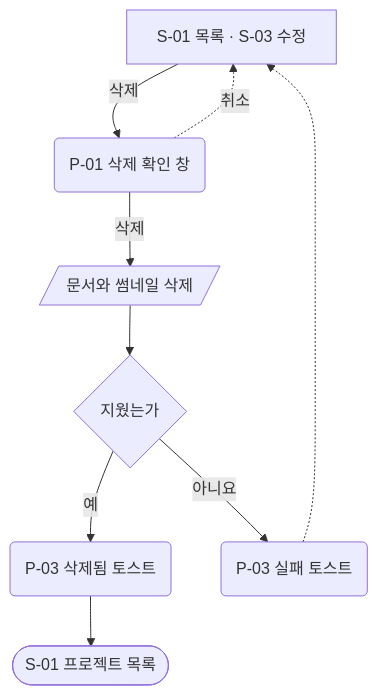
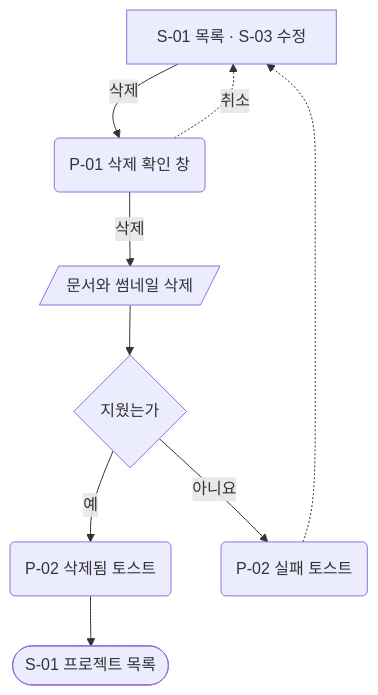
Before and after one commit to GUNIZZI/portfolio: the fourth of 4 diagrams in docs/plan/admin/userflow.md, drawn with Mermaid. The commit also changed other lines of this file and 79 other files, not shown here.

````diff
--- a/docs/plan/admin/userflow.md
+++ b/docs/plan/admin/userflow.md
@@ -79,11 +82,11 @@
 ```mermaid
 flowchart TD
     S["S-01 목록 · S-03 수정"]:::screen -->|"삭제"| DL("P-01 삭제 확인 창"):::dialog
     DL -.->|"취소"| S
     DL -->|"삭제"| RM[/"문서와 썸네일 삭제"/]:::api
     RM --> R{"지웠는가"}:::decision
-    R -->|"예"| T("P-03 삭제됨 토스트"):::dialog
-    R -->|"아니요"| TE("P-03 실패 토스트"):::dialog
+    R -->|"예"| T("P-02 삭제됨 토스트"):::dialog
+    R -->|"아니요"| TE("P-02 실패 토스트"):::dialog
     TE -.-> S
     T --> LS(["S-01 프로젝트 목록"]):::done
 ```
````
